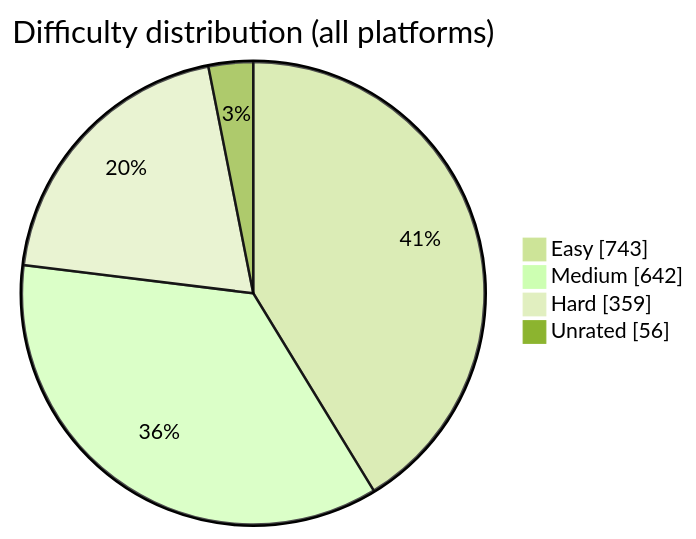
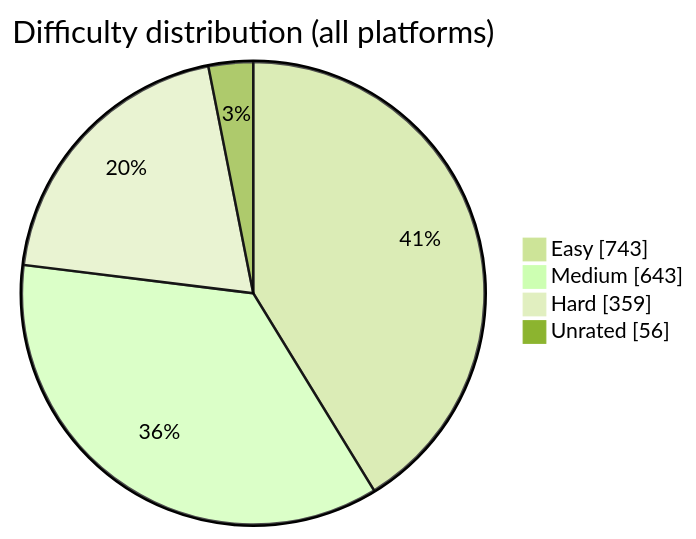
One commit to BuildbyArindam/Daily-Coding-Log changed the diagram in README.md. Above: the diagram before and after it, drawn with Mermaid (forest theme). The commit also changed other lines of this file, not shown here.

````diff
--- a/README.md
+++ b/README.md
@@ -108,7 +108,7 @@
 ```mermaid
 pie showData title Difficulty distribution (all platforms)
     "Easy" : 743
-    "Medium" : 642
+    "Medium" : 643
     "Hard" : 359
     "Unrated" : 56
 ```
````
